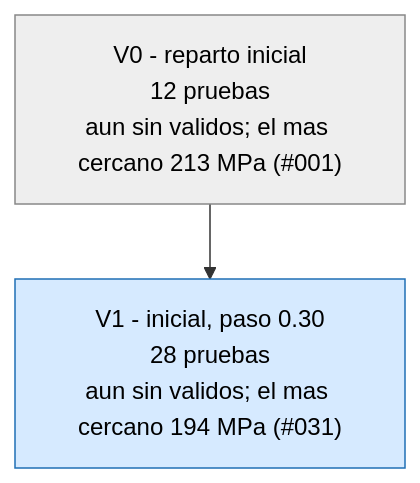
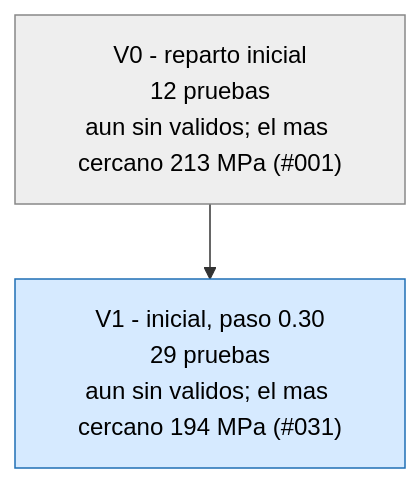
Before and after one commit to Hugiko/msd-soporte-optimizacion: the first of 3 diagrams in runs/opt_37800N/ARBOL.md, drawn with Mermaid. The commit also changed 20 other files, not shown here.

````diff
--- a/runs/opt_37800N/ARBOL.md
+++ b/runs/opt_37800N/ARBOL.md
@@ -9,9 +9,9 @@
 ```mermaid
 graph TD
 classDef activa fill:#d6eaff,stroke:#1f6fb5,color:#000
 classDef fin fill:#eeeeee,stroke:#888,color:#000
 classDef mejor fill:#c8f0c0,stroke:#1a9850,stroke-width:4px,color:#000
 V0["V0 - reparto inicial<br/>12 pruebas<br/>aun sin validos; el mas cercano 213 MPa (#001)"]:::fin
-V1["V1 - inicial, paso 0.30<br/>28 pruebas<br/>aun sin validos; el mas cercano 194 MPa (#031)"]:::activa
+V1["V1 - inicial, paso 0.30<br/>29 pruebas<br/>aun sin validos; el mas cercano 194 MPa (#031)"]:::activa
 V0 --> V1
 ```
````
